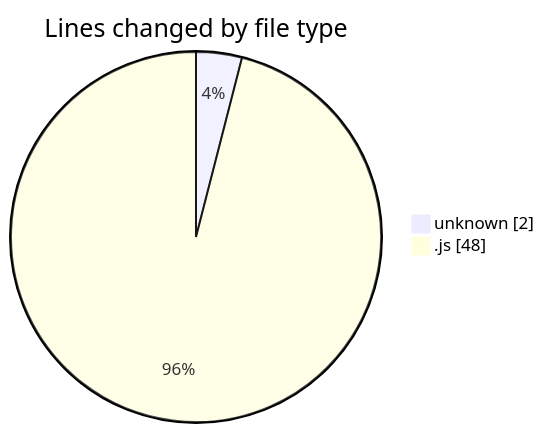
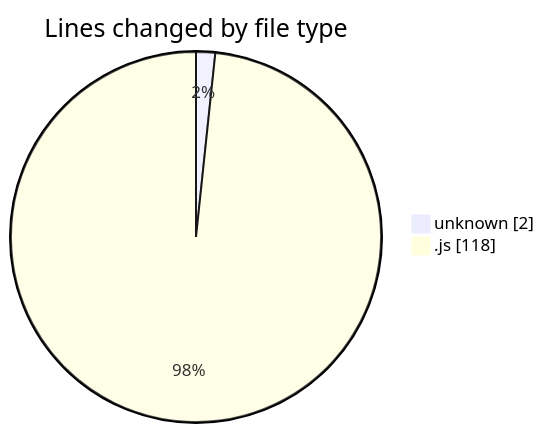
Before and after one commit to nxtqubesakshisongat/code-tracking: the first of 2 diagrams in 2026-04-26/calcapp/README.md, drawn with Mermaid. The commit also changed other lines of this file and 1 other file, not shown here.

````diff
--- a/2026-04-26/calcapp/README.md
+++ b/2026-04-26/calcapp/README.md
@@ -21,6 +21,6 @@
 ```mermaid
 pie showData
 title Lines changed by file type
 "unknown" : 2
-".js" : 48
+".js" : 118
 ```
````
